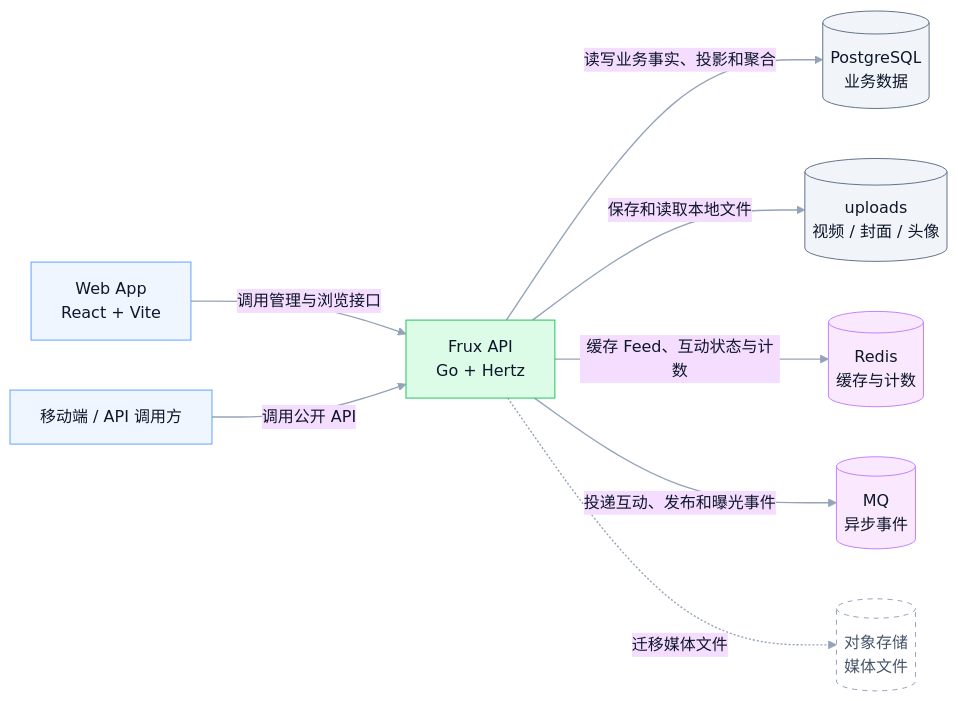
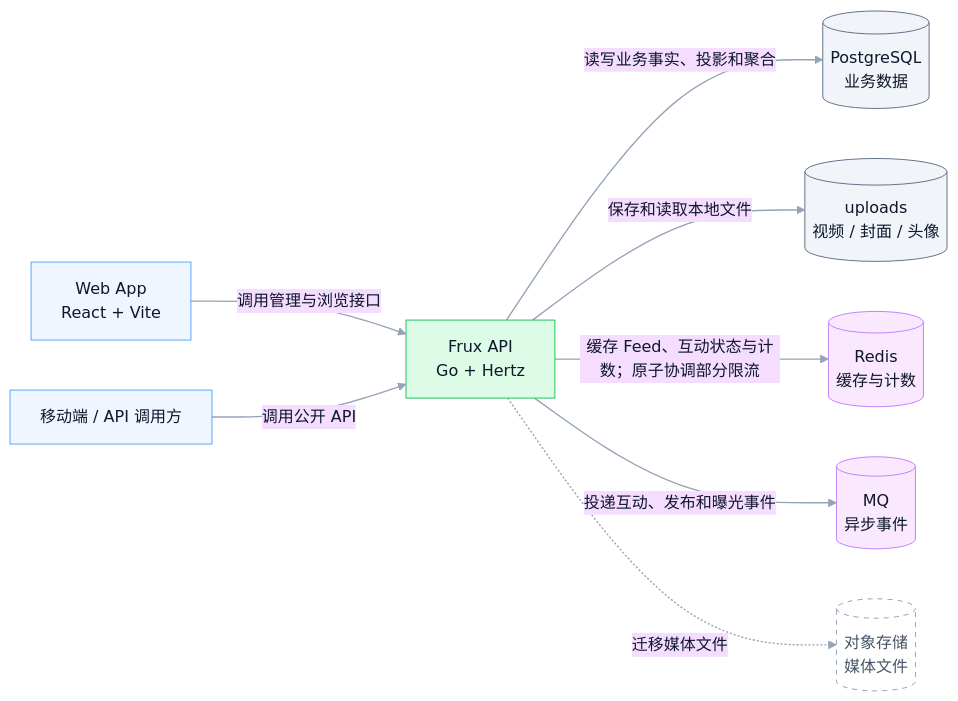
The first of 11 diagrams in docs/architecture.md (shiyudesu/frux), drawn with Mermaid before and after one commit. The commit also changed other lines of this file and 46 other files, not shown here.

````diff
--- a/docs/architecture.md
+++ b/docs/architecture.md
@@ -9,45 +9,45 @@
 ```mermaid
 ---
 config:
   theme: base
   layout: dagre
   themeVariables:
     background: transparent
     fontFamily: Inter, PingFang SC, Microsoft YaHei, Arial
     primaryTextColor: "#0F172A"
     lineColor: "#94A3B8"
     clusterBkg: "#F8FAFC"
     clusterBorder: "#CBD5E1"
 ---
 flowchart LR
   %% Frux MVP system context
   classDef client fill:#EFF6FF,stroke:#60A5FA,color:#0F172A,stroke-width:1px;
   classDef system fill:#DCFCE7,stroke:#22C55E,color:#0F172A,stroke-width:1px;
   classDef store fill:#F1F5F9,stroke:#64748B,color:#0F172A,stroke-width:1px;
   classDef service fill:#FAE8FF,stroke:#C084FC,color:#0F172A,stroke-width:1px;
   classDef future fill:#FFFFFF,stroke:#94A3B8,color:#475569,stroke-width:1px,stroke-dasharray:5 5;
 
   Web["Web App<br/>React + Vite"]
   Client["移动端 / API 调用方"]
   API["Frux API<br/>Go + Hertz"]
   PostgreSQL[("PostgreSQL<br/>业务数据")]
   Uploads[("uploads<br/>视频 / 封面 / 头像")]
   Redis[("Redis<br/>缓存与计数")]
   MQ[("MQ<br/>异步事件")]
   ObjectStorage[("对象存储<br/>媒体文件")]
 
   Web -->|"调用管理与浏览接口"| API
   Client -->|"调用公开 API"| API
   API -->|"读写业务事实、投影和聚合"| PostgreSQL
   API -->|"保存和读取本地文件"| Uploads
-  API -->|"缓存 Feed、互动状态与计数"| Redis
+  API -->|"缓存 Feed、互动状态与计数；原子协调部分限流"| Redis
   API -->|"投递互动、发布和曝光事件"| MQ
   API -.->|"迁移媒体文件"| ObjectStorage
 
   class Web,Client client;
   class API system;
   class PostgreSQL,Uploads store;
   class Redis,MQ service;
   class ObjectStorage future;
   linkStyle default stroke:#94A3B8,stroke-width:1.4px
 ```
````
